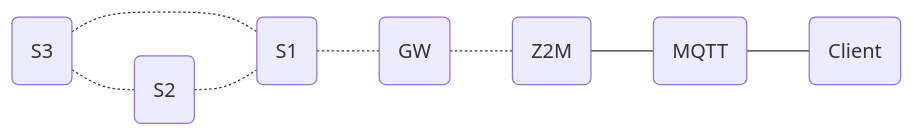
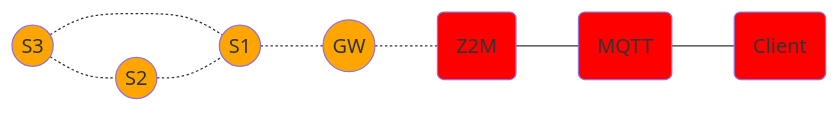
The diagram in PLAYGROUND.md (scipioni/beesensor), drawn with Mermaid before and after one commit.

````diff
--- a/PLAYGROUND.md
+++ b/PLAYGROUND.md
@@ -1,10 +1,13 @@
 ```mermaid
-  graph LR;
-1(S3) -.- 3(S1);
-2(S2) -.- 3(S1);
-1(S3) -.- 2(S2);
-3(S1) -.- 4(GW);
-4(GW) -.- 5(Z2M)
-5(Z2M) --- 6(MQTT);
-6(MQTT) --- 7(Client);
+graph LR;
+  1((S3)):::someclass -.- 3((S1));
+  2((S2)):::someclass -.- 3((S1));
+  1((S3)):::someclass -.- 2((S2));
+  3((S1)):::someclass -.- 4((GW));
+  4((GW)):::someclass -.- 5(Z2M);
+  5(Z2M):::someclass2 --- 6(MQTT);
+  6(MQTT):::someclass2 --- 7(Client):::someclass2;
+
+classDef someclass fill:#FFA500;
+classDef someclass2 fill:#FF0000;
 ```
````
